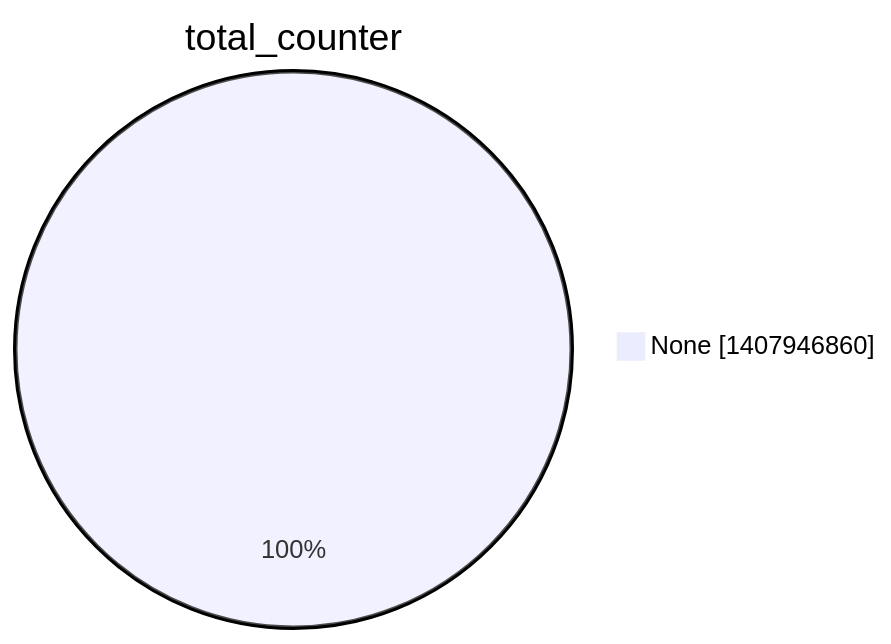
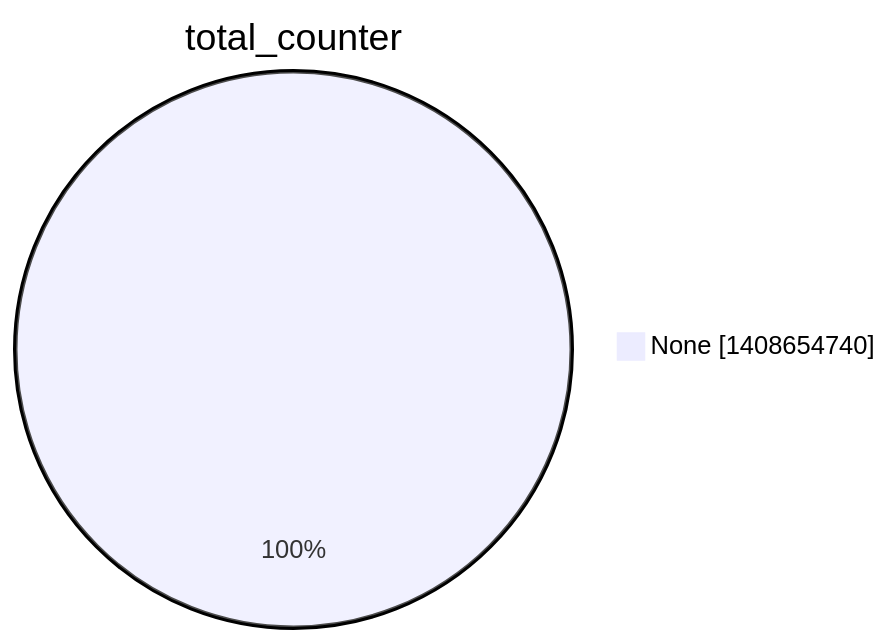
One commit to christiankrug/ctmonitor_visualization changed the second of 15 diagrams in argon2022/README.md. Above: the diagram before and after it, drawn with Mermaid. The commit also changed other lines of this file, not shown here.

````diff
--- a/argon2022/README.md
+++ b/argon2022/README.md
@@ -9,5 +9,5 @@
 ```mermaid
 pie showData
 title total_counter
-"None" :1407946860
+"None" :1408654740
 ```
````
